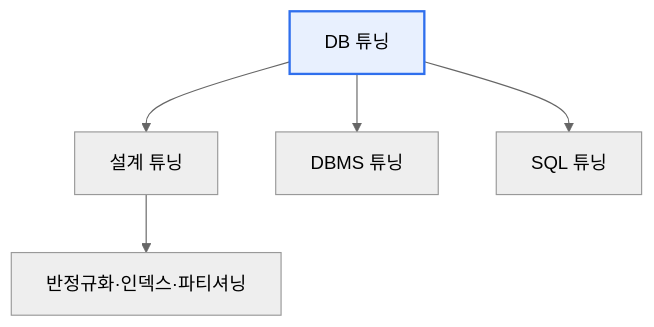
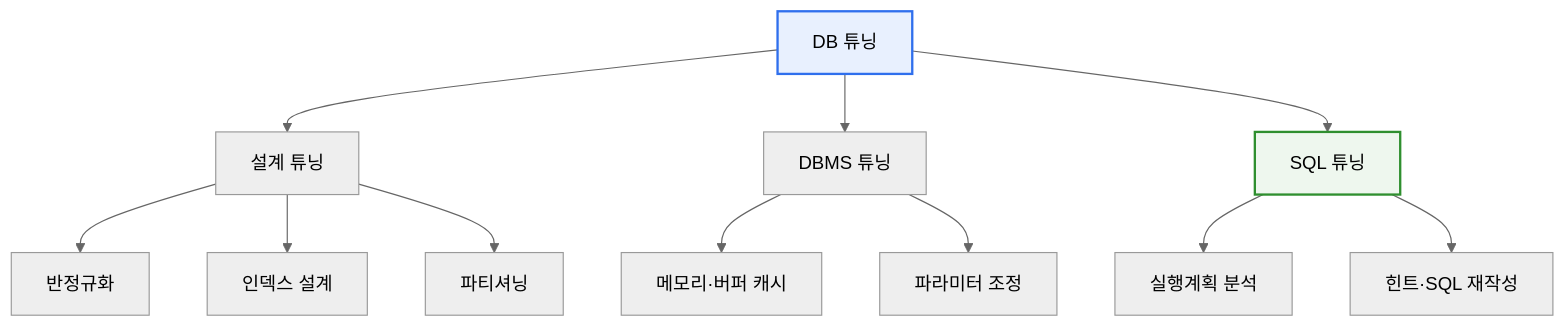
Before and after one commit to coninggu/wjdqhrhksflrltnftk: the diagram in content/db-tuning.md, drawn with Mermaid (neutral theme). The commit also changed other lines of this file and 3 other files, not shown here.

````diff
--- a/content/db-tuning.md
+++ b/content/db-tuning.md
@@ -15,8 +21,15 @@
 ```mermaid
 flowchart TB
-  T[DB 튜닝] --> D[설계 튜닝]
-  T --> M[DBMS 튜닝]
-  T --> S[SQL 튜닝]
-  D --> D1[반정규화·인덱스·파티셔닝]
+  T["DB 튜닝"] --> D["설계 튜닝"]
+  T --> M["DBMS 튜닝"]
+  T --> S["SQL 튜닝"]
+  D --> D1["반정규화"]
+  D --> D2["인덱스 설계"]
+  D --> D3["파티셔닝"]
+  M --> M1["메모리·버퍼 캐시"]
+  M --> M2["파라미터 조정"]
+  S --> S1["실행계획 분석"]
+  S --> S2["힌트·SQL 재작성"]
   style T fill:#e8f0fe,stroke:#2f6fed,stroke-width:2px
+  style S fill:#eef7ee,stroke:#2f8f2f,stroke-width:2px
 ```
````
